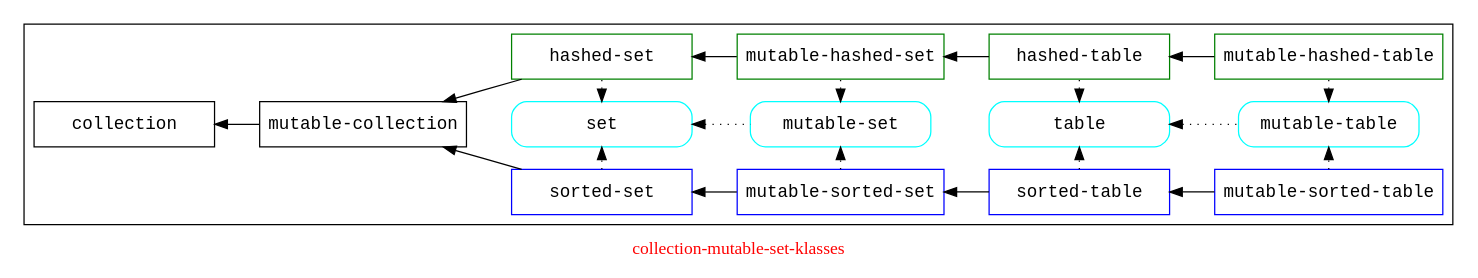
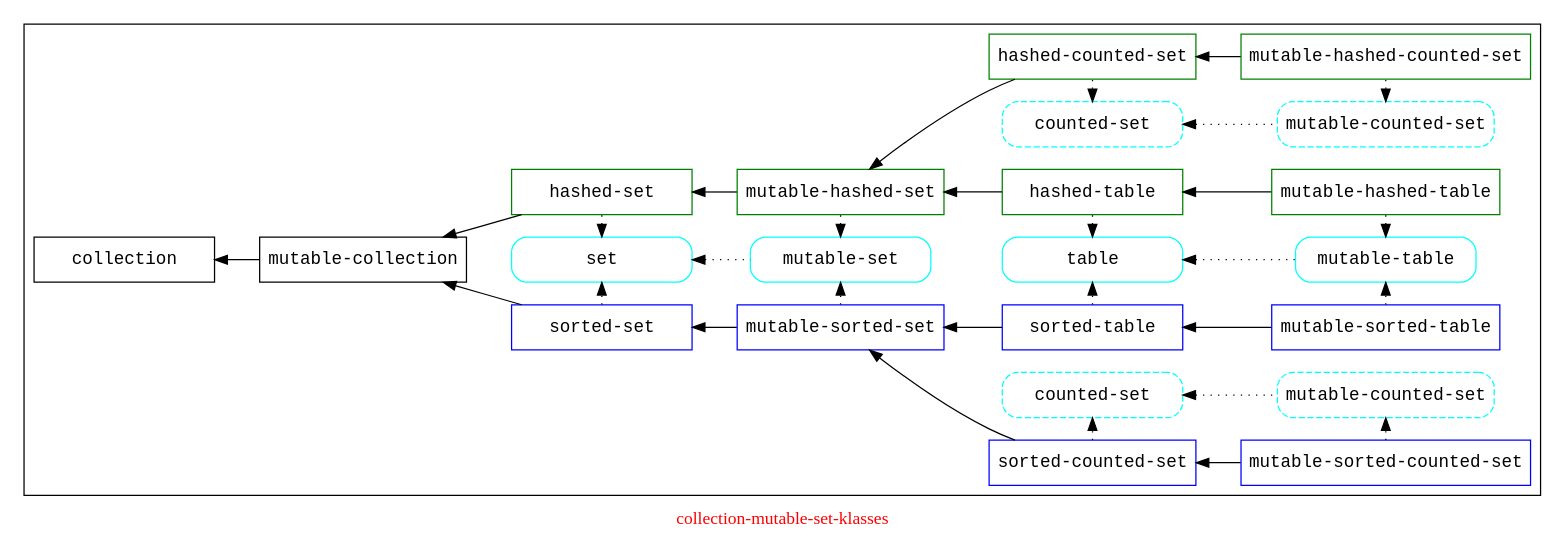
Before and after one commit to Ayyzee/dakota: the diagram in doc/collection-mutable-set-klasses-new.dot, drawn with Graphviz.

Commit message:
Added mutable-{hashed,sorted}-counted-set and mutable-counted-set (as well as the non-mutable versions).

```diff
--- a/doc/collection-mutable-set-klasses-new.dot
+++ b/doc/collection-mutable-set-klasses-new.dot
@@ -1,105 +1,136 @@
 // -*- mode: C++; c-basic-offset: 2; tab-width: 2; indent-tabs-mode: nil -*-
 
 // Copyright (C) 2007, 2008, 2009 Robert Nielsen <robert@dakota.org>
 //
 // Licensed under the Apache License, Version 2.0 (the "License");
 // you may not use this file except in compliance with the License.
 // You may obtain a copy of the License at
 //
 //      http://www.apache.org/licenses/LICENSE-2.0
 //
 // Unless required by applicable law or agreed to in writing, software
 // distributed under the License is distributed on an "AS IS" BASIS,
 // WITHOUT WARRANTIES OR CONDITIONS OF ANY KIND, either express or implied.
 // See the License for the specific language governing permissions and
 // limitations under the License.
 
 digraph "collection-mutable-set-klasses"
 {
 	graph [ label = "\G",
           fontcolor = red,
           rankdir = LR,
 	];
 	node [ fontname = courier,
          shape = rect,
          width = 2.0,
 	];
 	edge [ dir = back, // its more natural to see: some-klass <- some-subklass
 	];
 
 //   subgraph "cluster-legend"
 //   {
 //     graph [ label = "legend" ];
 //     "klass w/o slots";
 //     "klass w/ slots" [ color = blue ];
 //     "union klass" [ color = green ];
 //     "trait" [ style = rounded ];
 //   }
 
   subgraph "cluster-main"
   {
     graph [ label = "" ];
     // traits
     "set" [ style = rounded, color = cyan ];
+    "HASHED-counted-set" [ label = "counted-set", style = "rounded,dashed", color = cyan ];
+    "HASHED-mutable-counted-set" [ label = "mutable-counted-set", style = "rounded,dashed", color = cyan ];
+    "SORTED-counted-set" [ label = "counted-set", style = "rounded,dashed", color = cyan ];
+    "SORTED-mutable-counted-set" [ label = "mutable-counted-set", style = "rounded,dashed", color = cyan ];
     "table" [ style = rounded, color = cyan ];
     "mutable-set" [ style = rounded, color = cyan ];
     "mutable-table" [ style = rounded, color = cyan ];
     "hashed-set" [ color = green ];
     "sorted-set" [ color = blue ];
+    "sorted-counted-set" [ color = blue ];
+    "hashed-counted-set" [ color = green ];
     "hashed-table" [ color = green ];
     "sorted-table" [ color = blue ];
     "mutable-hashed-table" [ color = green ];
     "mutable-sorted-table" [ color = blue ];
     "mutable-hashed-set" [ color = green ];
     "mutable-sorted-set" [ color = blue ];
+    "mutable-hashed-counted-set" [ color = green ];
+    "mutable-sorted-counted-set" [ color = blue ];
 
+    "mutable-sorted-set" -> "sorted-counted-set";
+    "sorted-counted-set" -> "mutable-sorted-counted-set";
+    "mutable-hashed-set" -> "hashed-counted-set";
+    "hashed-counted-set" -> "mutable-hashed-counted-set";
+    "HASHED-counted-set" -> "hashed-counted-set" [ style = dotted ];
+    "HASHED-mutable-counted-set" -> "mutable-hashed-counted-set" [ style = dotted ];
+    "HASHED-counted-set" -> "HASHED-mutable-counted-set" [ style = dotted ];
+    "sorted-counted-set" -> "SORTED-counted-set" [ style = dotted, dir = forward ];
+    "mutable-sorted-counted-set" -> "SORTED-mutable-counted-set" [ style = dotted, dir = forward ];
+    "SORTED-counted-set" -> "SORTED-mutable-counted-set" [ style = dotted ];
+    
     // klass-to-klass edges
     "sorted-set" -> "mutable-sorted-set";
     "hashed-set" -> "mutable-hashed-set";
     "mutable-collection" -> "sorted-set";
     "mutable-collection" -> "hashed-set";
     "collection" -> "mutable-collection";
     "mutable-sorted-set" -> "sorted-table";
     "mutable-hashed-set" -> "hashed-table";
 
     // trait-to-trait edges
     "set" -> "mutable-set" [ style = dotted ];
     "table" -> "mutable-table" [ style = dotted ];
 
     // klass-to-trait edges
     // to debug set color = red
     "sorted-set" -> "set" [ style = dotted, dir = forward ];
     "sorted-table" -> "table" [ style = dotted, dir = forward ];
     "mutable-sorted-set" -> "mutable-set" [ style = dotted,  dir = forward ];
     "mutable-sorted-table" -> "mutable-table" [ style = dotted,  dir = forward ];
 
     // trait-to-klass edges
     "set" -> "hashed-set" [ style = dotted ];
     "table" -> "hashed-table" [ style = dotted ];
     "mutable-set" -> "mutable-hashed-set" [ style = dotted ];
     "mutable-table" -> "mutable-hashed-table" [ style = dotted ];
 
     "sorted-table" -> "mutable-sorted-table";
     "hashed-table" -> "mutable-hashed-table";
 
     { rank = same; "sorted-set"; "set" };
     { rank = same; "hashed-set"; "set" };
 
     { rank = same; "mutable-sorted-set"; "mutable-set" };
     { rank = same; "mutable-hashed-set"; "mutable-set" };
 
     { rank = same; "mutable-sorted-table"; "mutable-table" };
     { rank = same; "mutable-hashed-table"; "mutable-table" };
 
     { rank = same; "sorted-table"; "table" };
     { rank = same; "hashed-table"; "table" };
+    
+    { rank = same; "hashed-counted-set"; "HASHED-counted-set" };
+    { rank = same; "sorted-counted-set"; "HASHED-counted-set" };
+
+    { rank = same; "mutable-hashed-counted-set"; "HASHED-mutable-counted-set" };
+    { rank = same; "mutable-sorted-counted-set"; "HASHED-mutable-counted-set" };
+
+    { rank = same; "hashed-counted-set"; "SORTED-counted-set" };
+    { rank = same; "sorted-counted-set"; "SORTED-counted-set" };
+
+    { rank = same; "mutable-hashed-counted-set"; "SORTED-mutable-counted-set" };
+    { rank = same; "mutable-sorted-counted-set"; "SORTED-mutable-counted-set" };
 
     // layout hacks
     // to debug set color = gray
     "mutable-sorted-set" -> "table" [ style = invis ];
     "mutable-hashed-set" -> "table" [ style = invis ];
   }
 
   // layout only
   "mutable-collection" -> "set" [ style = invis ];
 }
```
